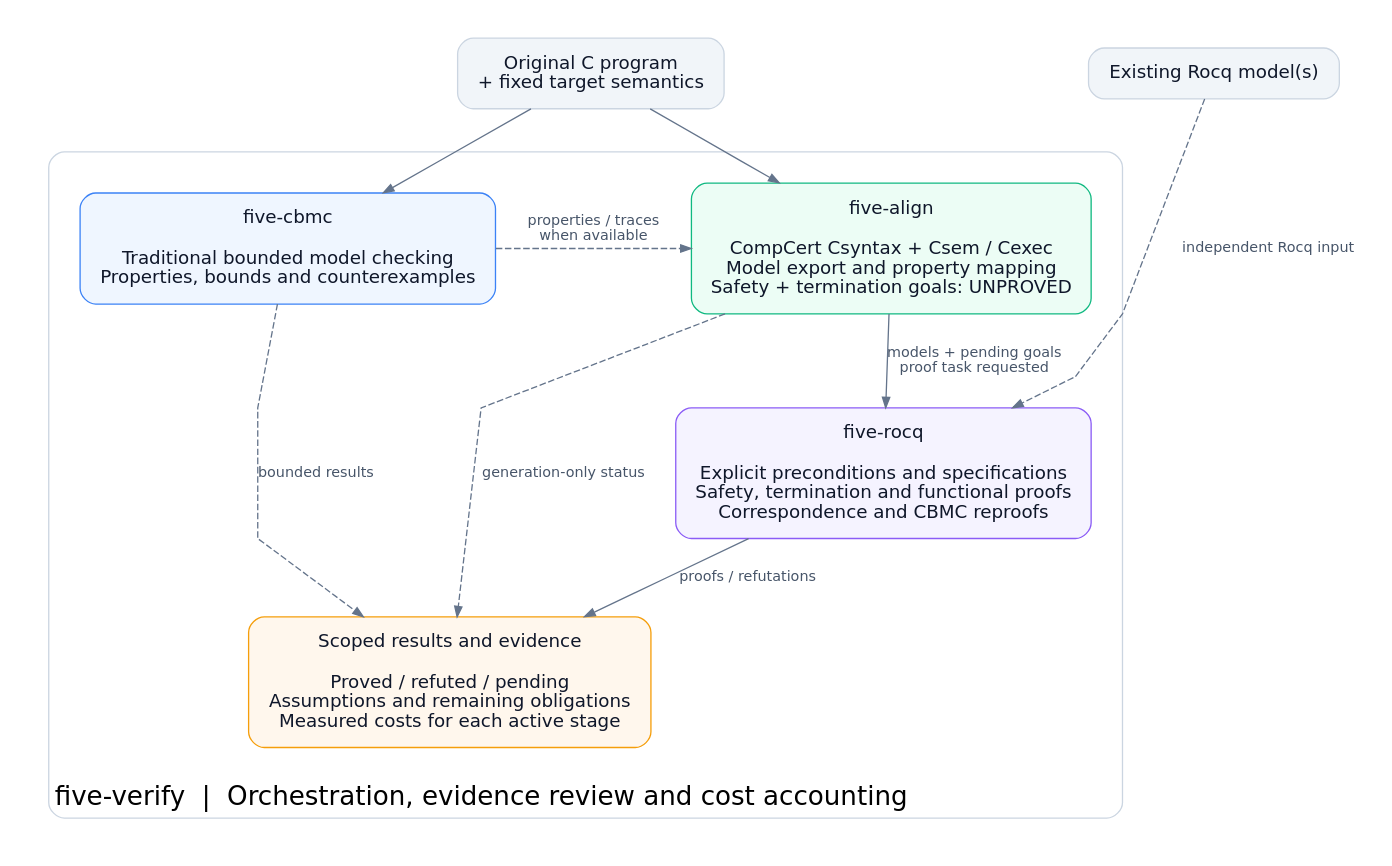
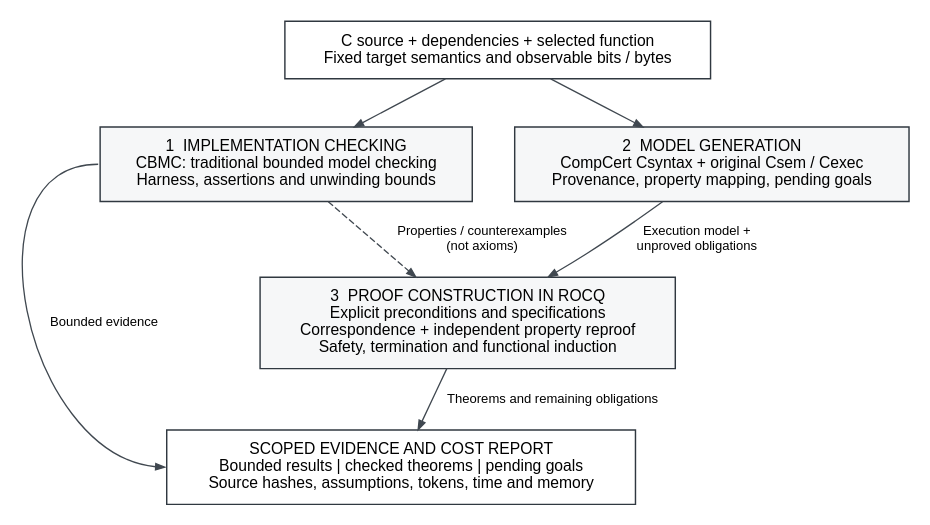
The diagram in docs/workflow.dot (taylor-swift-13/FIVE), drawn with Graphviz before and after one commit. The commit also changed 7 other files, not shown here.

Commit message:
Document case correspondence and explain the FIVE verification framework

```diff
--- a/docs/workflow.dot
+++ b/docs/workflow.dot
@@ -1,36 +1,17 @@
 digraph FIVE {
-  graph [rankdir=TB, bgcolor="#FFFFFF", pad="0.3", nodesep="0.65", ranksep="0.65",
-         fontname="DejaVu Sans", fontsize=20, compound=true, splines=polyline];
-  node [shape=box, style="rounded,filled", fontname="DejaVu Sans", fontsize=14,
-        margin="0.22,0.17", color="#CBD5E1", fillcolor="#F8FAFC", fontcolor="#0F172A"];
-  edge [fontname="DejaVu Sans", fontsize=11, color="#64748B", fontcolor="#475569", arrowsize=0.8];
-
-  c [label="Original C program\n+ fixed target semantics", fillcolor="#F1F5F9"];
-  models [label="Existing Rocq model(s)", fillcolor="#F1F5F9"];
-  {rank=same; c; models;}
-
-  subgraph cluster_workflow {
-    label="five-verify  |  Orchestration, evidence review and cost accounting";
-    labelloc=b; labeljust=l; color="#CBD5E1"; style="rounded"; margin=24;
-
-    cbmc [label="five-cbmc\n\nTraditional bounded model checking\nProperties, bounds and counterexamples",
-          fillcolor="#EFF6FF", color="#3B82F6"];
-    align [label="five-align\n\nCompCert Csyntax + Csem / Cexec\nModel export and property mapping\nSafety + termination goals: UNPROVED",
-           fillcolor="#ECFDF5", color="#10B981"];
-    rocq [label="five-rocq\n\nExplicit preconditions and specifications\nSafety, termination and functional proofs\nCorrespondence and CBMC reproofs",
-          fillcolor="#F5F3FF", color="#8B5CF6"];
-    results [label="Scoped results and evidence\n\nProved / refuted / pending\nAssumptions and remaining obligations\nMeasured costs for each active stage",
-             fillcolor="#FFF7ED", color="#F59E0B"];
-
-    {rank=same; cbmc; align;}
-    cbmc -> align [label="properties / traces\nwhen available", style=dashed, constraint=false];
-    align -> rocq [label="models + pending goals\nproof task requested"];
-    rocq -> results [label="proofs / refutations"];
-    cbmc -> results [label="bounded results", style=dashed];
-    align -> results [label="generation-only status", style=dashed];
-  }
-
-  c -> cbmc;
-  c -> align;
-  models -> rocq [label="independent Rocq input", style=dashed];
+ graph [rankdir=TB, bgcolor="white", nodesep=0.45, ranksep=0.48, pad=0.12];
+ node [shape=box, fontname="Helvetica", fontsize=12, color="#303840", penwidth=1.1, margin="0.18,0.12", style=filled, fillcolor="#F6F7F8"];
+ edge [fontname="Helvetica", fontsize=10, color="#404850", arrowsize=0.7];
+ input [label="C source + dependencies + selected function\nFixed target semantics and observable bits / bytes", fillcolor="white"];
+ cbmc [label="1  IMPLEMENTATION CHECKING\nCBMC: traditional bounded model checking\nHarness, assertions and unwinding bounds"];
+ model [label="2  MODEL GENERATION\nCompCert Csyntax + original Csem / Cexec\nProvenance, property mapping, pending goals"];
+ proof [label="3  PROOF CONSTRUCTION IN ROCQ\nExplicit preconditions and specifications\nCorrespondence + independent property reproof\nSafety, termination and functional induction"];
+ evidence [label="SCOPED EVIDENCE AND COST REPORT\nBounded results | checked theorems | pending goals\nSource hashes, assumptions, tokens, time and memory", fillcolor="white"];
+ {rank=same; cbmc; model;}
+ input -> cbmc;
+ input -> model;
+ cbmc -> proof [style=dashed, label="Properties / counterexamples\n(not axioms)"];
+ model -> proof [label="Execution model +\nunproved obligations"];
+ cbmc:w -> evidence:w [label="Bounded evidence", minlen=2];
+ proof -> evidence [label="Theorems and remaining obligations"];
 }
```
